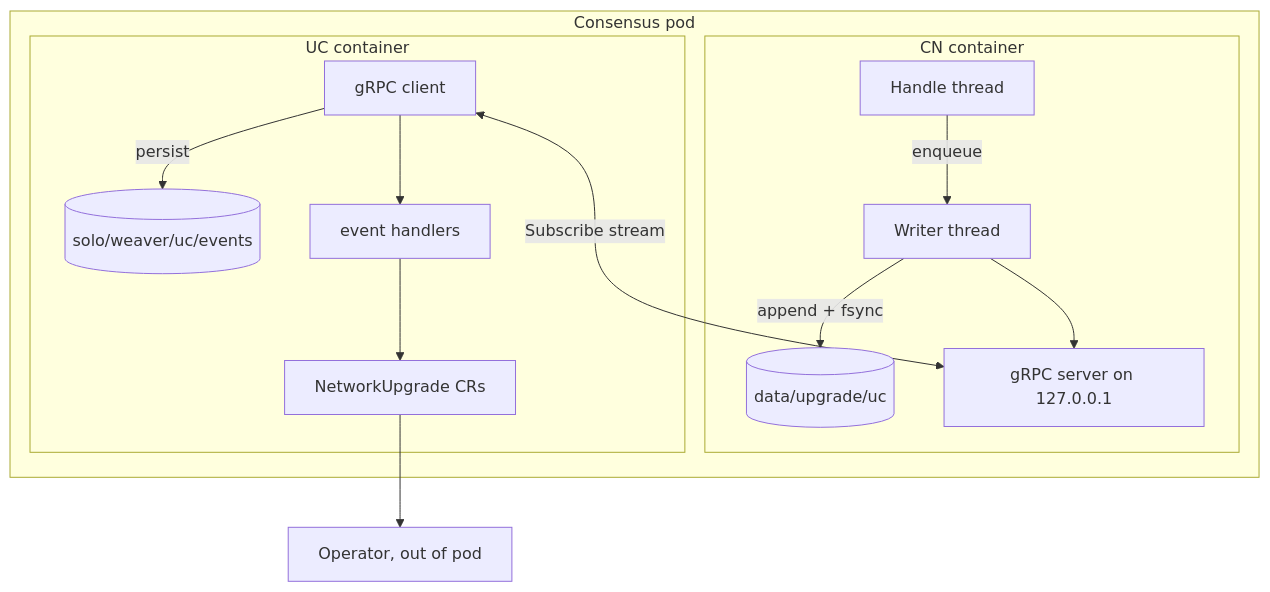
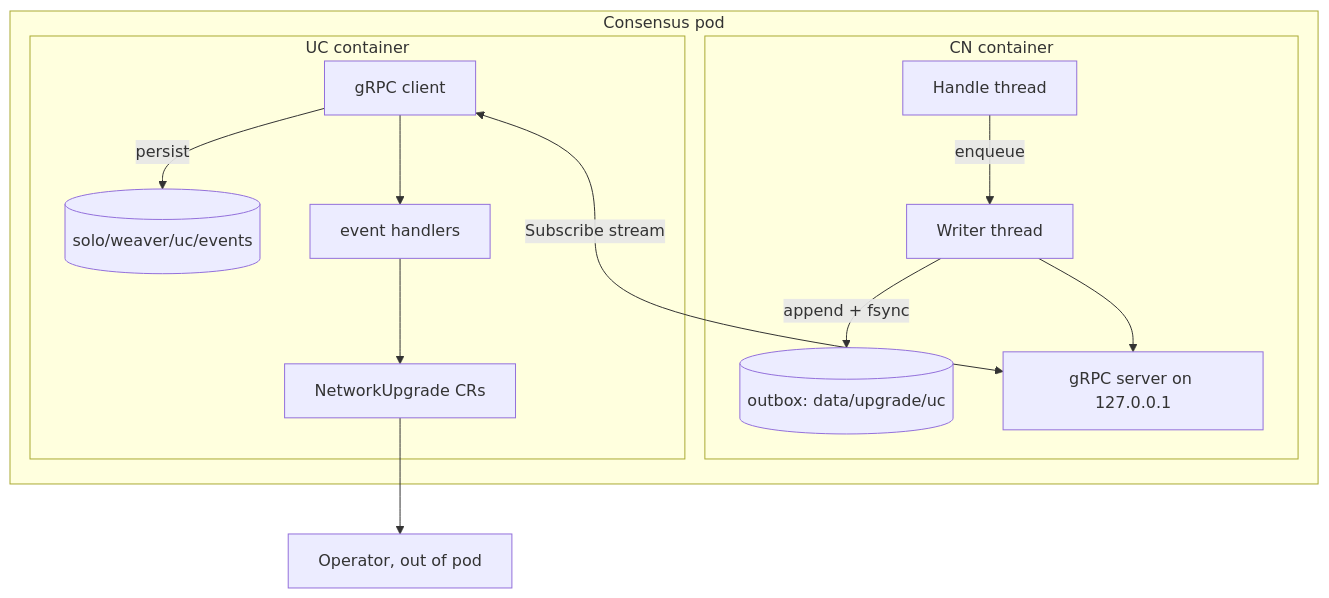
The first of 4 diagrams in docs/design/dab-cn-uc-event-stream.md (hashgraph/solo-operator), drawn with Mermaid before and after one commit. The commit also changed other lines of this file, not shown here.

First line of the commit message:
docs(design): rename the CN log to outbox; fix volume model; drop version-in-id claim

````diff
--- a/docs/design/dab-cn-uc-event-stream.md
+++ b/docs/design/dab-cn-uc-event-stream.md
@@ -104,17 +104,17 @@
 ```mermaid
 flowchart TB
     subgraph pod[Consensus pod]
         subgraph cn[CN container]
             H[Handle thread] -->|enqueue| W[Writer thread]
-            W -->|append + fsync| LOG[("data/upgrade/uc")]
+            W -->|append + fsync| OUT[("outbox: data/upgrade/uc")]
             W --> SRV[gRPC server on 127.0.0.1]
         end
         subgraph uc[UC container]
             CL[gRPC client] -->|persist| INBOX[("solo/weaver/uc/events")]
             CL --> HAND[event handlers]
             HAND --> CRS[NetworkUpgrade CRs]
         end
         CL <-->|Subscribe stream| SRV
     end
     CRS --> OP[Operator, out of pod]
 ```
````
